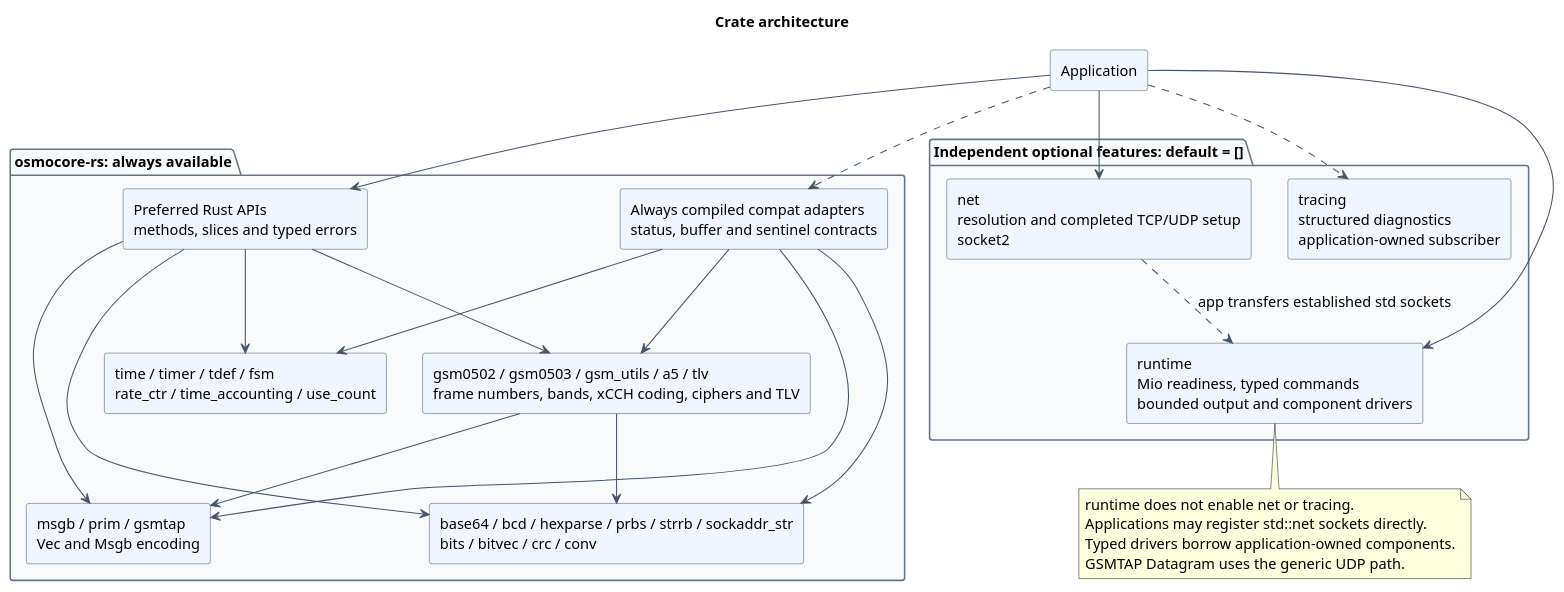
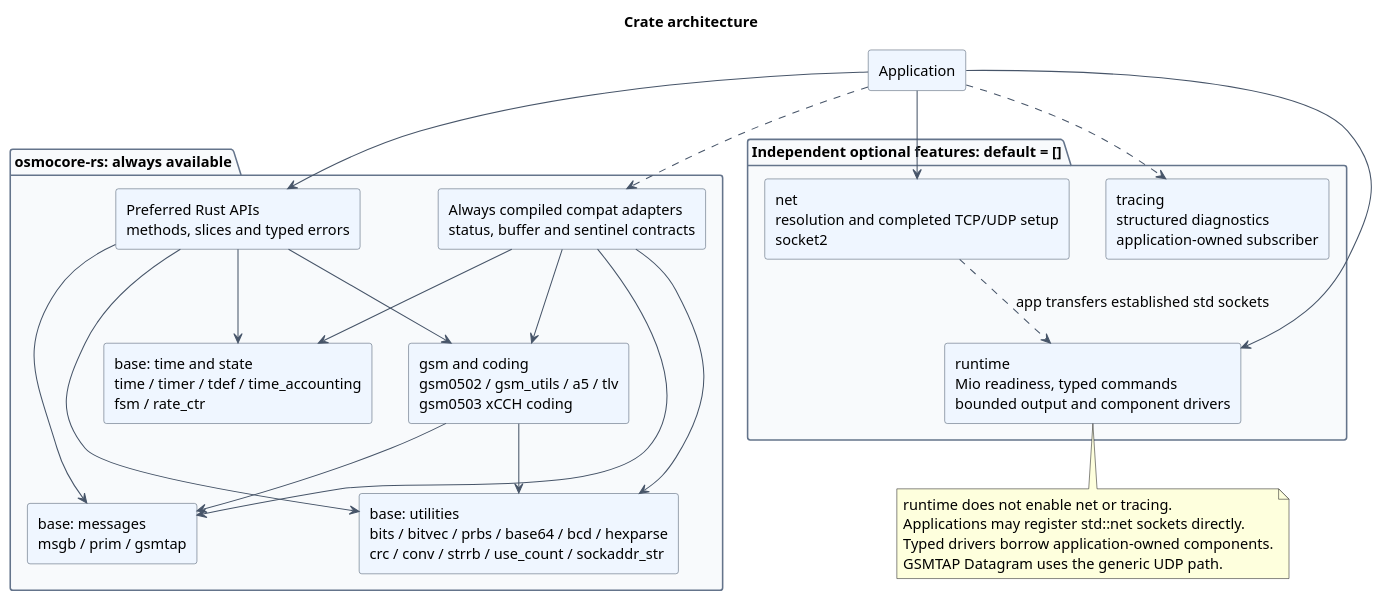
One commit to Silent-Wolf-Labs/osmocore-rs changed the diagram in docs/architecture/diagrams/src/crate-architecture.puml. Above: the diagram before and after it, drawn with PlantUML. The commit also changed 6 other files, not shown here.

```diff
--- a/docs/architecture/diagrams/src/crate-architecture.puml
+++ b/docs/architecture/diagrams/src/crate-architecture.puml
@@ -1,50 +1,50 @@
 @startuml
 title Crate architecture
 skinparam backgroundColor white
 skinparam shadowing false
 skinparam componentStyle rectangle
 skinparam defaultFontName SansSerif
 skinparam defaultFontSize 14
 skinparam ArrowColor #475569
 skinparam componentBackgroundColor #EFF6FF
 skinparam componentBorderColor #475569
 skinparam packageBackgroundColor #F8FAFC
 skinparam packageBorderColor #64748B
 top to bottom direction
 component "Application" as app
 package "osmocore-rs: always available" {
 component "Preferred Rust APIs\nmethods, slices and typed errors" as preferred
 component "Always compiled compat adapters\nstatus, buffer and sentinel contracts" as compat
-component "base64 / bcd / hexparse / prbs / strrb / sockaddr_str\nbits / bitvec / crc / conv" as utilities
-component "gsm0502 / gsm0503 / gsm_utils / a5 / tlv\nframe numbers, bands, xCCH coding, ciphers and TLV" as gsm
-component "msgb / prim / gsmtap\nVec and Msgb encoding" as messages
-component "time / timer / tdef / fsm\nrate_ctr / time_accounting / use_count" as components
+component "base: utilities\nbits / bitvec / prbs / base64 / bcd / hexparse\ncrc / conv / strrb / use_count / sockaddr_str" as utilities
+component "base: messages\nmsgb / prim / gsmtap" as messages
+component "base: time and state\ntime / timer / tdef / time_accounting\nfsm / rate_ctr" as components
+component "gsm and coding\ngsm0502 / gsm_utils / a5 / tlv\ngsm0503 xCCH coding" as gsm
 }
 package "Independent optional features: default = []" {
 component "net\nresolution and completed TCP/UDP setup\nsocket2" as net
 component "runtime\nMio readiness, typed commands\nbounded output and component drivers" as runtime
 component "tracing\nstructured diagnostics\napplication-owned subscriber" as tracing
 }
 app --> preferred
 app ..> compat
 preferred --> utilities
 preferred --> gsm
 preferred --> messages
 preferred --> components
 compat --> utilities
 compat --> gsm
 compat --> messages
 compat --> components
 gsm --> utilities
 gsm --> messages
 app --> net
 app --> runtime
 app ..> tracing
 net ..> runtime : app transfers established std sockets
 note bottom of runtime
 runtime does not enable net or tracing.
 Applications may register std::net sockets directly.
 Typed drivers borrow application-owned components.
 GSMTAP Datagram uses the generic UDP path.
 end note
 @enduml
```
